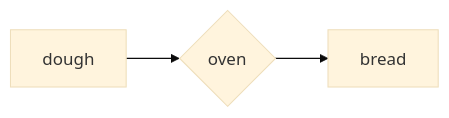
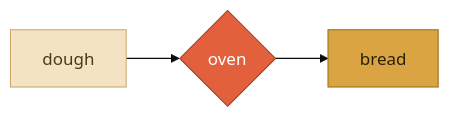
The diagram in README.md (kaerberus/siren-studio), drawn with Mermaid (base theme) before and after one commit. The commit also changed other lines of this file, not shown here.

First line of the commit message:
README: colour the intro flowchart example

````diff
--- a/README.md
+++ b/README.md
@@ -12,3 +16,7 @@
 ```mermaid
-flowchart LR; input[dough] --> process{oven} --> output[bread]
+flowchart LR
+    input[dough]:::dough --> process{oven}:::oven --> output[bread]:::bread
+    classDef dough fill:#f3e3c3,stroke:#c9a86a,color:#4a3a1a
+    classDef oven fill:#e2603c,stroke:#a13d22,color:#ffffff
+    classDef bread fill:#d9a441,stroke:#9c6f1f,color:#2a1f08
 ```
````
